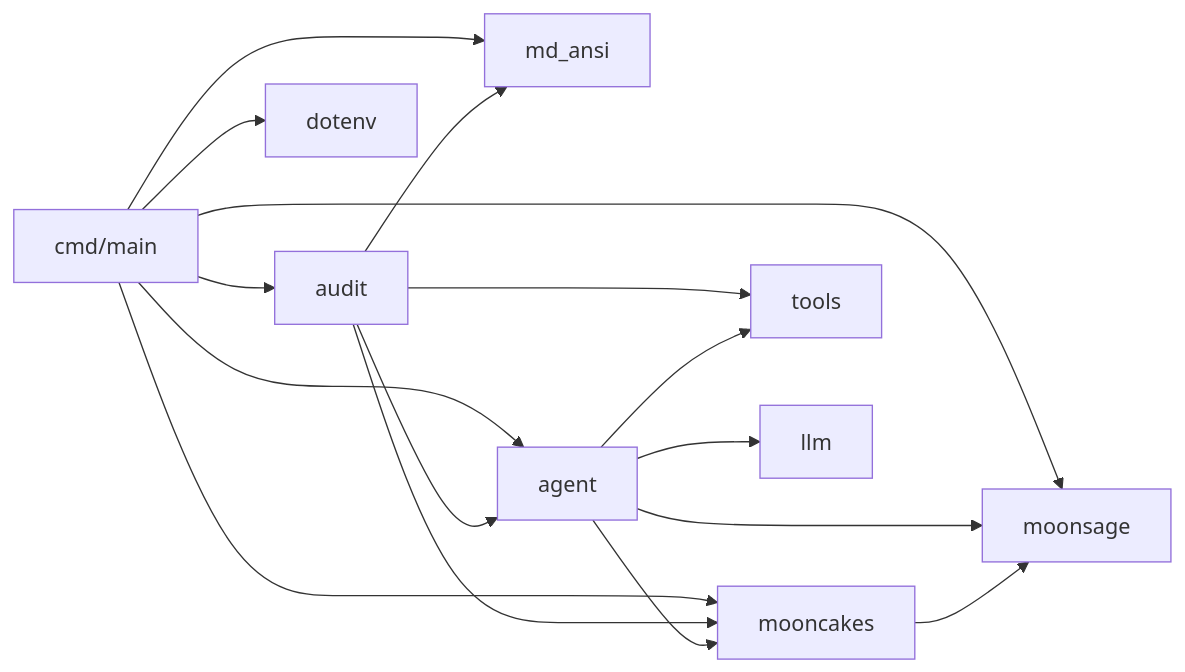
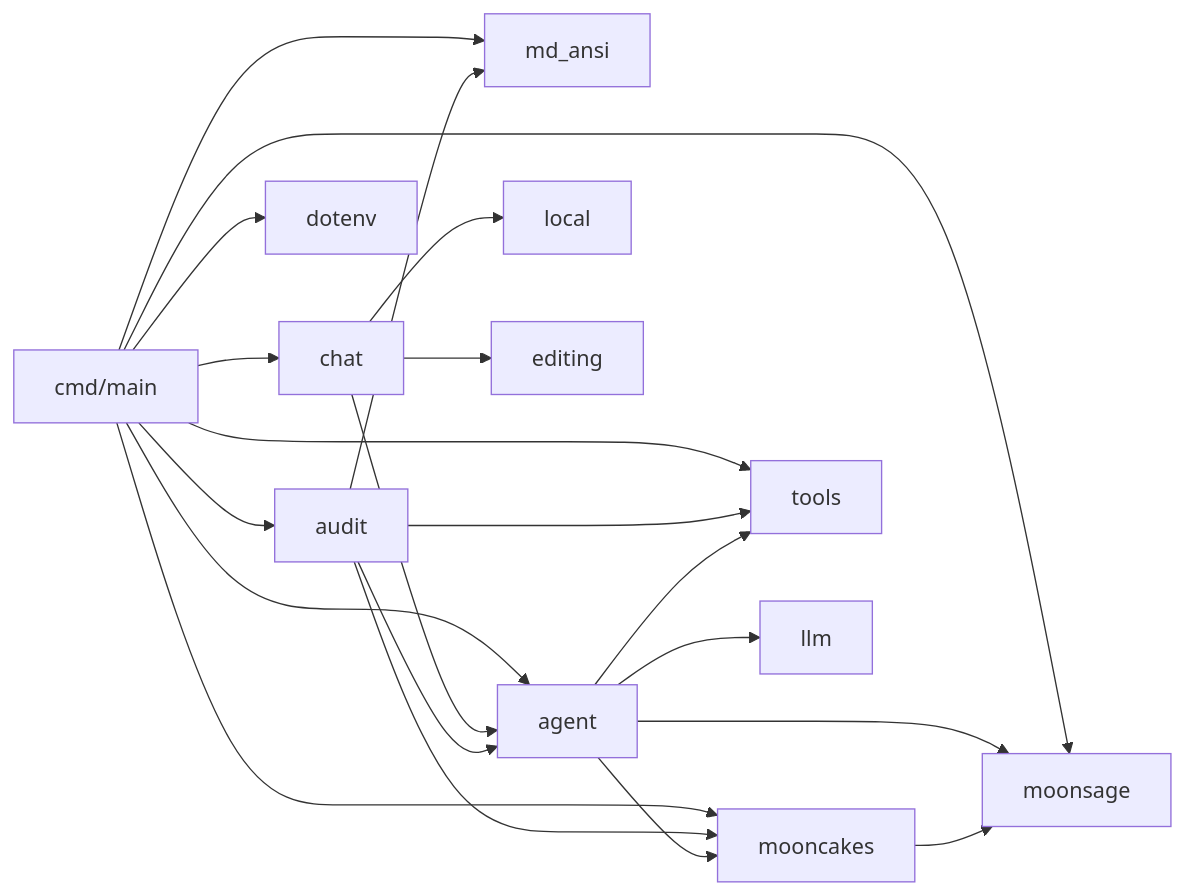
The diagram in README.mbt.md (Asterless/MoonSage), drawn with Mermaid before and after one commit. The commit also changed other lines of this file and 3 other files, not shown here.

````diff
--- a/README.mbt.md
+++ b/README.mbt.md
@@ -166,18 +183,23 @@
 ```mermaid
 graph LR
   main[cmd/main] --> moonsage
   main --> mooncakes
   main --> md_ansi
   main --> agent
+  main --> chat
   main --> audit
   main --> dotenv
+  main --> tools
+  chat --> agent
+  chat --> local
+  chat --> editing
   audit --> agent
   audit --> tools
   audit --> md_ansi
   audit --> mooncakes
   agent --> tools
   agent --> llm
   agent --> moonsage
   agent --> mooncakes
   mooncakes --> moonsage
 ```
````
